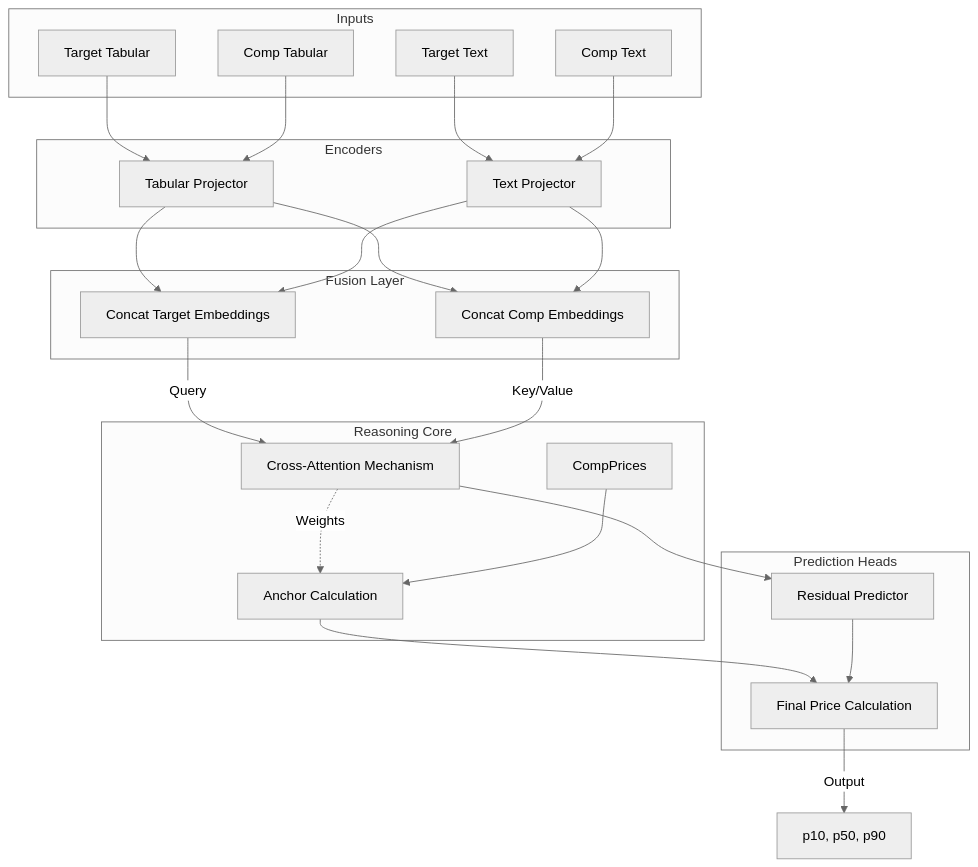
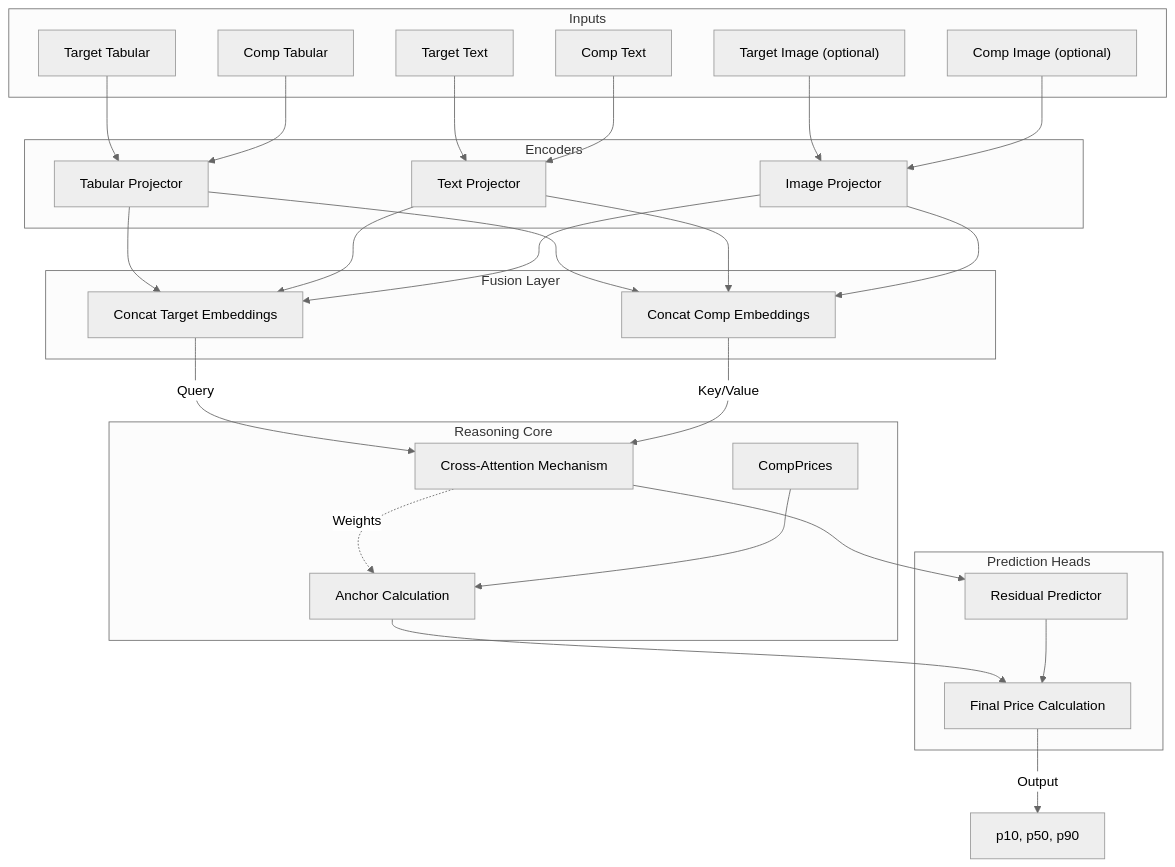
One commit to Nirtzur0/PropertyScanner changed the diagram in docs/03_model_architecture.md. Above: the diagram before and after it, drawn with Mermaid (neutral theme). The commit also changed other lines of this file and 54 other files, not shown here.

````diff
--- a/docs/03_model_architecture.md
+++ b/docs/03_model_architecture.md
@@ -7,48 +7,53 @@
 ```mermaid
 graph TD
     subgraph "Inputs"
         T_Tab["Target Tabular"]
         T_Txt["Target Text"]
+        T_Img["Target Image (optional)"]
         C_Tab["Comp Tabular"]
         C_Txt["Comp Text"]
+        C_Img["Comp Image (optional)"]
     end
 
     subgraph "Encoders"
         MLP1["Tabular Projector"]
         MLP2["Text Projector"]
+        MLP3["Image Projector"]
     end
 
     T_Tab --> MLP1
     T_Txt --> MLP2
+    T_Img --> MLP3
     C_Tab --> MLP1
     C_Txt --> MLP2
+    C_Img --> MLP3
 
     subgraph "Fusion Layer"
         Concat_T["Concat Target Embeddings"]
         Concat_C["Concat Comp Embeddings"]
     end
 
-    MLP1 & MLP2 --> Concat_T
-    MLP1 & MLP2 --> Concat_C
+    MLP1 & MLP2 & MLP3 --> Concat_T
+    MLP1 & MLP2 & MLP3 --> Concat_C
 
     subgraph "Reasoning Core"
         Attn["Cross-Attention Mechanism"]
         Concat_T -->|Query| Attn
         Concat_C -->|"Key/Value"| Attn
         
         Anchor["Anchor Calculation"]
         Attn -.->|Weights| Anchor
         CompPrices --> Anchor
     end
 
     subgraph "Prediction Heads"
         Res["Residual Predictor"]
         Attn --> Res
         
         Final["Final Price Calculation"]
         Anchor --> Final
         Res --> Final
     end
 
     Final -->|Output| Quantiles["p10, p50, p90"]
 ```
````
